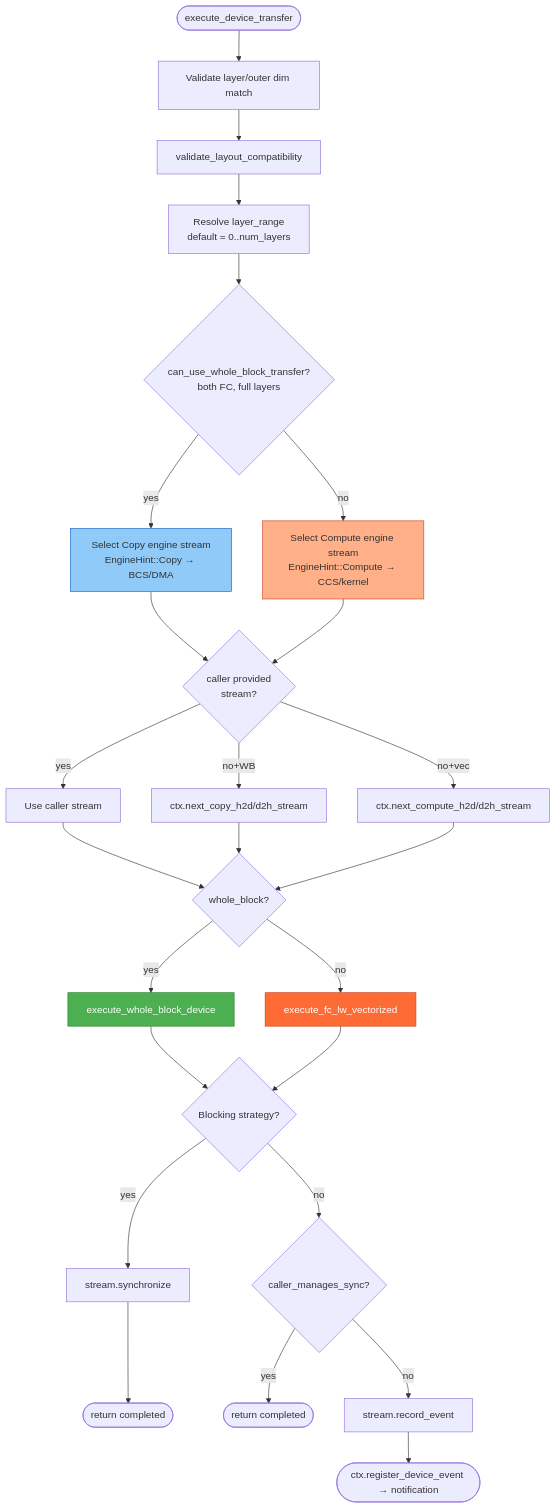
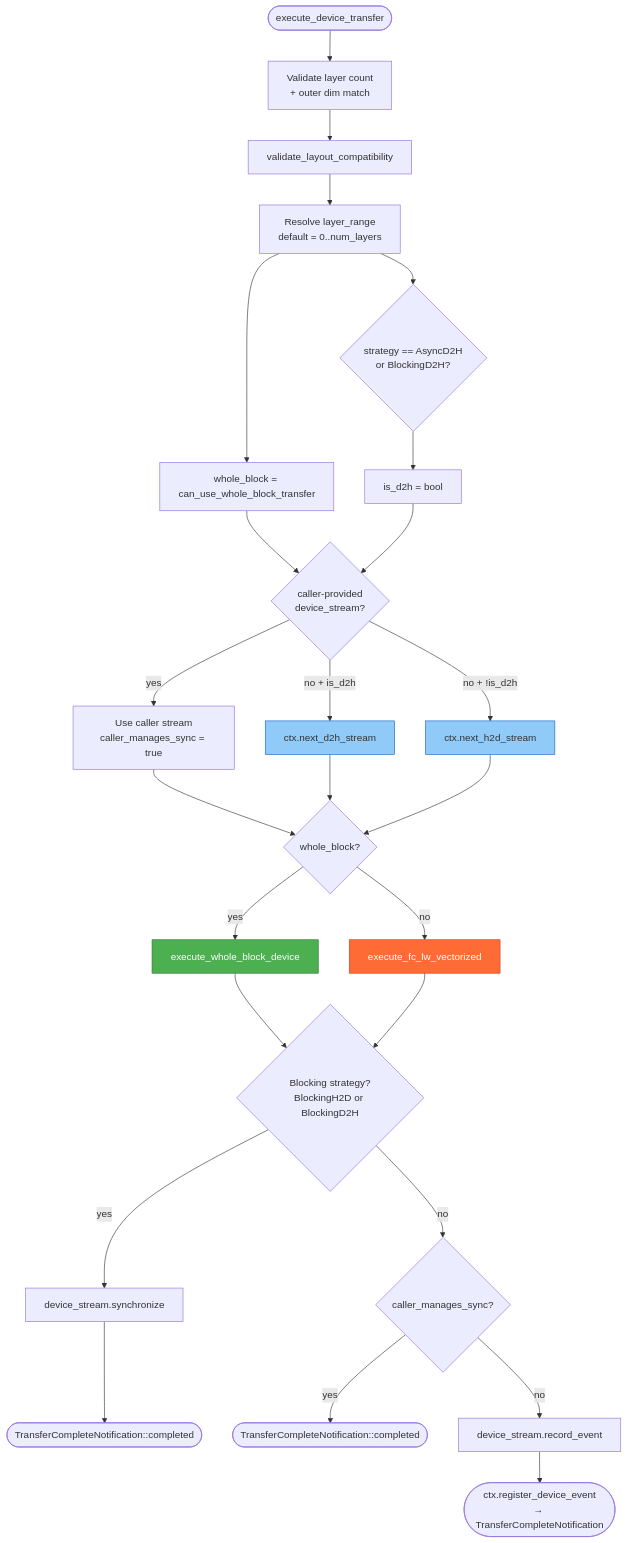
The first of 4 diagrams in lib/kvbm-physical/docs/device_executor_flow.md (ai-dynamo/dynamo), drawn with Mermaid before and after one commit. The commit also changed other lines of this file and 6 other files, not shown here.

````diff
--- a/lib/kvbm-physical/docs/device_executor_flow.md
+++ b/lib/kvbm-physical/docs/device_executor_flow.md
@@ -12,42 +26,41 @@
 ```mermaid
 flowchart TD
-    START([execute_device_transfer]) --> V1[Validate layer/outer dim match]
+    START([execute_device_transfer]) --> V1[Validate layer count<br/>+ outer dim match]
     V1 --> V2[validate_layout_compatibility]
     V2 --> LR[Resolve layer_range<br/>default = 0..num_layers]
-    LR --> WB{can_use_whole_block_transfer?<br/>both FC, full layers}
+    LR --> WB[whole_block = can_use_whole_block_transfer]
 
-    WB -- yes --> ENG_WB[Select Copy engine stream<br/>EngineHint::Copy → BCS/DMA]
-    WB -- no --> ENG_VEC[Select Compute engine stream<br/>EngineHint::Compute → CCS/kernel]
+    LR --> DIR{strategy == AsyncD2H<br/>or BlockingD2H?}
+    DIR --> IS_D2H[is_d2h = bool]
+    WB --> CMS0{caller-provided<br/>device_stream?}
+    IS_D2H --> CMS0
 
-    ENG_WB --> CS{caller provided<br/>stream?}
-    ENG_VEC --> CS
-
-    CS -- yes --> USE_CALLER[Use caller stream]
-    CS -- no+WB --> POOL_COPY[ctx.next_copy_h2d/d2h_stream]
-    CS -- no+vec --> POOL_COMP[ctx.next_compute_h2d/d2h_stream]
+    CMS0 -- yes --> USE_CALLER[Use caller stream<br/>caller_manages_sync = true]
+    CMS0 -- no + is_d2h --> POOL_D2H[ctx.next_d2h_stream]
+    CMS0 -- no + !is_d2h --> POOL_H2D[ctx.next_h2d_stream]
 
     USE_CALLER --> DISPATCH
-    POOL_COPY --> DISPATCH
-    POOL_COMP --> DISPATCH
+    POOL_D2H --> DISPATCH
+    POOL_H2D --> DISPATCH
 
     DISPATCH{whole_block?}
     DISPATCH -- yes --> FN_WB[execute_whole_block_device]
     DISPATCH -- no --> FN_VEC[execute_fc_lw_vectorized]
 
-    FN_WB --> BLK{Blocking strategy?}
+    FN_WB --> BLK{Blocking strategy?<br/>BlockingH2D or BlockingD2H}
     FN_VEC --> BLK
 
-    BLK -- yes --> SYNC[stream.synchronize]
-    BLK -- no --> CMS{caller_manages_sync?}
+    BLK -- yes --> SYNC[device_stream.synchronize]
+    BLK -- no --> CMS1{caller_manages_sync?}
 
-    SYNC --> DONE_BLK([return completed])
+    SYNC --> DONE_BLK([TransferCompleteNotification::completed])
 
-    CMS -- yes --> DONE_CMS([return completed])
-    CMS -- no --> EVT[stream.record_event]
-    EVT --> REG([ctx.register_device_event → notification])
+    CMS1 -- yes --> DONE_CMS([TransferCompleteNotification::completed])
+    CMS1 -- no --> EVT[device_stream.record_event]
+    EVT --> REG([ctx.register_device_event<br/>→ TransferCompleteNotification])
 
     style FN_WB fill:#4caf50,stroke:#2e7d32,color:#fff
     style FN_VEC fill:#ff6b35,stroke:#c44520,color:#fff
-    style ENG_WB fill:#90caf9,stroke:#1565c0
-    style ENG_VEC fill:#ffb088,stroke:#c44520
+    style POOL_H2D fill:#90caf9,stroke:#1565c0
+    style POOL_D2H fill:#90caf9,stroke:#1565c0
 ```
````
